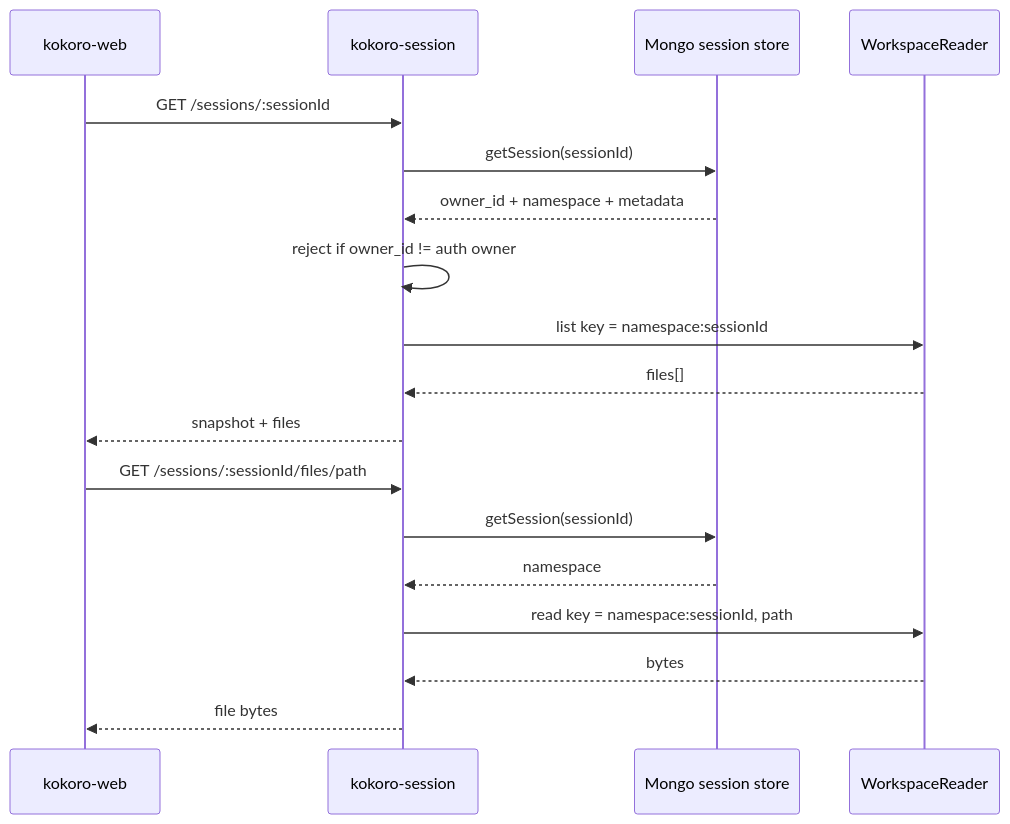
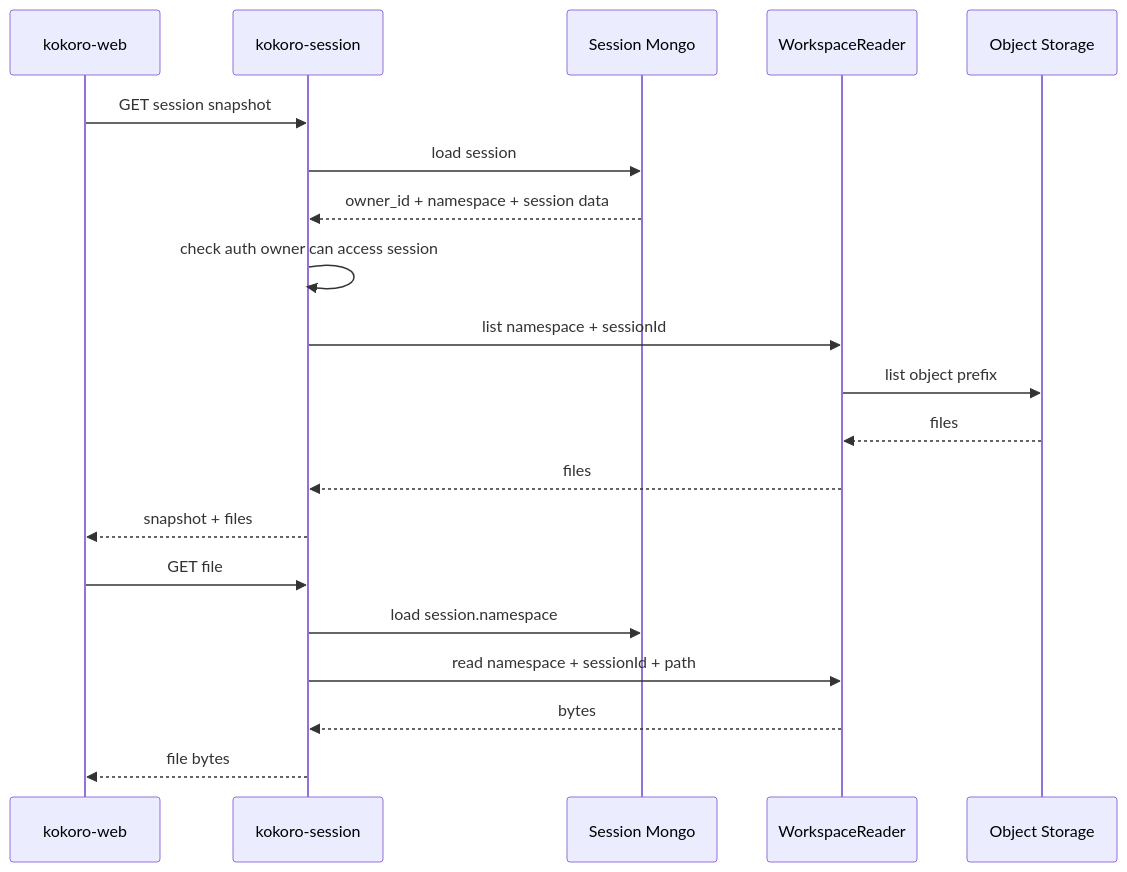
One commit to LordFoxFairy/Kokoro changed the fourth of 8 diagrams in docs/superpowers/specs/2026-07-07-capability-namespace-auth-technical-plan.md. Above: the diagram before and after it, drawn with Mermaid. The commit also changed other lines of this file and 3 other files, not shown here.

````diff
--- a/docs/superpowers/specs/2026-07-07-capability-namespace-auth-technical-plan.md
+++ b/docs/superpowers/specs/2026-07-07-capability-namespace-auth-technical-plan.md
@@ -154,22 +283,24 @@
 ```mermaid
 sequenceDiagram
   participant W as kokoro-web
   participant S as kokoro-session
-  participant Store as Mongo session store
-  participant WS as WorkspaceReader
+  participant M as Session Mongo
+  participant WR as WorkspaceReader
+  participant O as Object Storage
 
-  W->>S: GET /sessions/:sessionId
-  S->>Store: getSession(sessionId)
-  Store-->>S: owner_id + namespace + metadata
-  S->>S: reject if owner_id != auth owner
-  S->>WS: list key = namespace:sessionId
-  WS-->>S: files[]
+  W->>S: GET session snapshot
+  S->>M: load session
+  M-->>S: owner_id + namespace + session data
+  S->>S: check auth owner can access session
+  S->>WR: list namespace + sessionId
+  WR->>O: list object prefix
+  O-->>WR: files
+  WR-->>S: files
   S-->>W: snapshot + files
 
-  W->>S: GET /sessions/:sessionId/files/path
-  S->>Store: getSession(sessionId)
-  Store-->>S: namespace
-  S->>WS: read key = namespace:sessionId, path
-  WS-->>S: bytes
+  W->>S: GET file
+  S->>M: load session.namespace
+  S->>WR: read namespace + sessionId + path
+  WR-->>S: bytes
   S-->>W: file bytes
 ```
````
